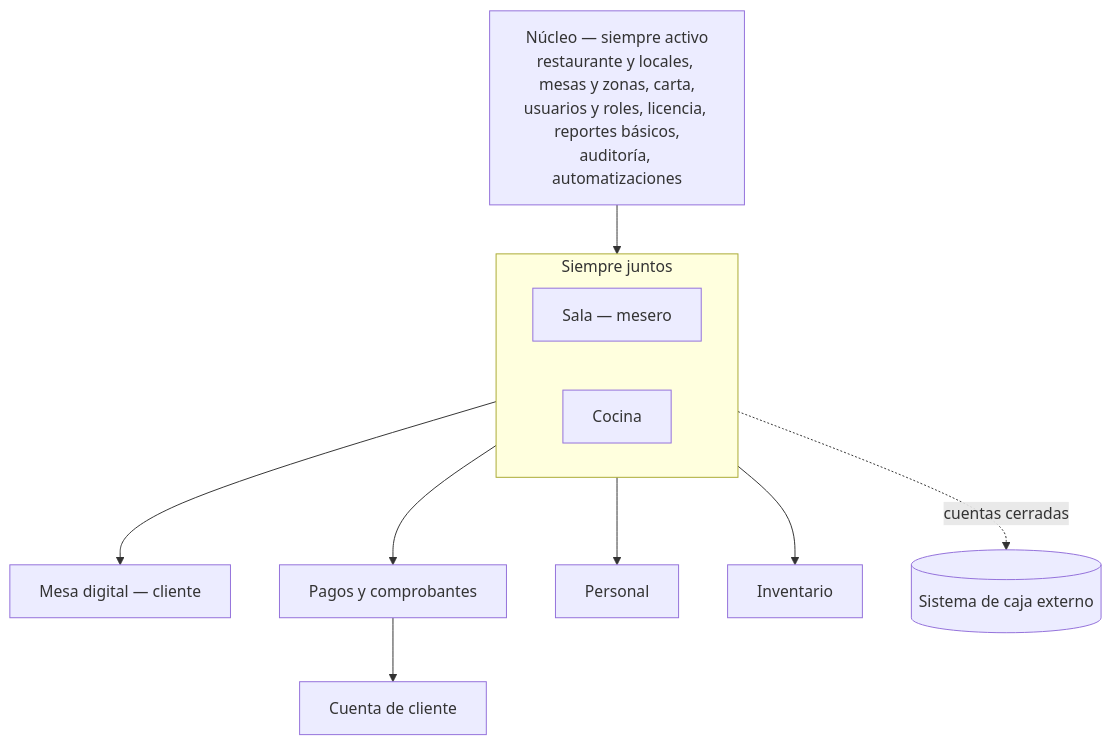
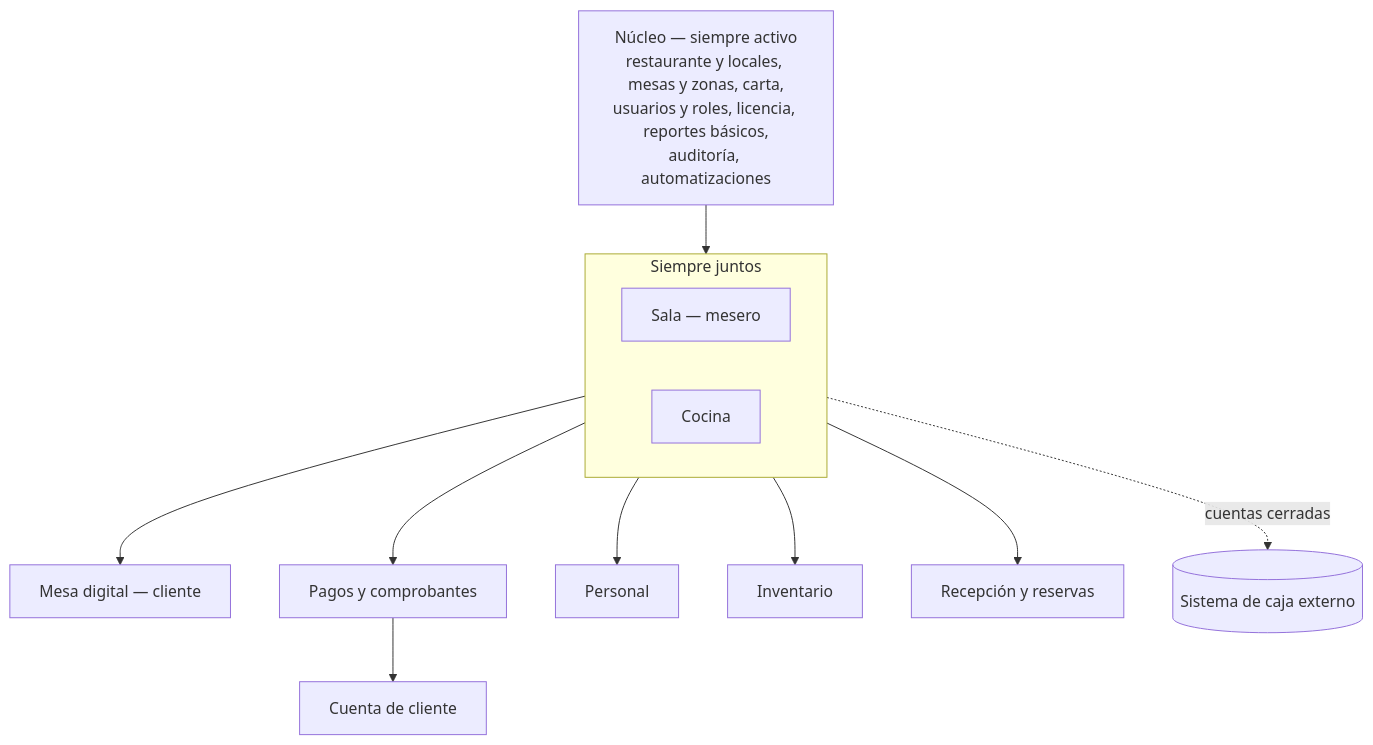
The first of 2 diagrams in docs/modulos/README.md (milkmantree/hungria), drawn with Mermaid before and after one commit. The commit also changed other lines of this file and 15 other files, not shown here.

````diff
--- a/docs/modulos/README.md
+++ b/docs/modulos/README.md
@@ -6,15 +6,16 @@
 ```mermaid
 flowchart TB
     N[Núcleo — siempre activo<br/>restaurante y locales, mesas y zonas, carta,<br/>usuarios y roles, licencia, reportes básicos,<br/>auditoría, automatizaciones]
     N --> SC
     subgraph SC[Siempre juntos]
         S[Sala — mesero]
         C[Cocina]
     end
     SC --> M[Mesa digital — cliente]
     SC --> P[Pagos y comprobantes]
     SC --> PE[Personal]
     SC --> I[Inventario]
+    SC --> R[Recepción y reservas]
     P --> CC[Cuenta de cliente]
     SC -.->|cuentas cerradas| CJ[(Sistema de caja externo)]
 ```
````
